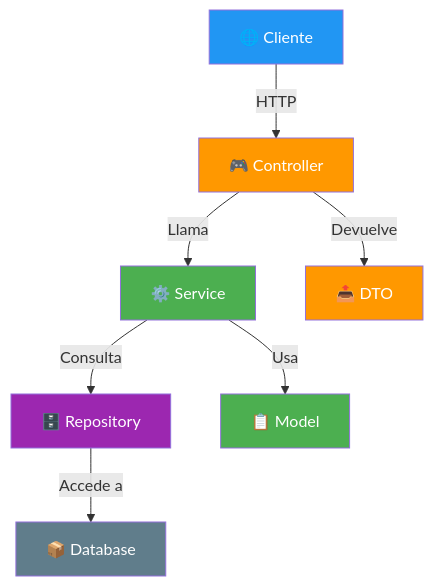
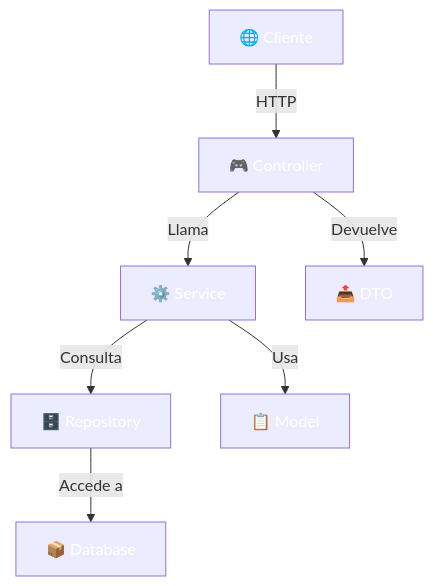
Before and after one commit to joseluisgs/DesarrolloWebEntornosServidor-02-2026-2027: the second of 6 diagrams in 05-arquitectura-pipeline.md, drawn with Mermaid. The commit also changed other lines of this file and 41 other files, not shown here.

````diff
--- a/05-arquitectura-pipeline.md
+++ b/05-arquitectura-pipeline.md
@@ -85,16 +85,16 @@
 ```mermaid
 flowchart TD
     A["🌐 Cliente"] -->|HTTP| B["🎮 Controller"]
     B -->|Llama| C["⚙️ Service"]
     C -->|Consulta| D["🗄️ Repository"]
     D -->|Accede a| E["📦 Database"]
     C -->|Usa| F["📋 Model"]
     B -->|Devuelve| G["📤 DTO"]
-    style A fill:#2196F3,color:#fff
-    style B fill:#FF9800,color:#fff
-    style C fill:#4CAF50,color:#fff
-    style D fill:#9C27B0,color:#fff
-    style E fill:#607D8B,color:#fff
-    style F fill:#4CAF50,color:#fff
-    style G fill:#FF9800,color:#fff
+    style A fill:#2196F,color:#fff3,color:#fff
+    style B fill:#FF980,color:#fff0,color:#fff
+    style C fill:#4CAF5,color:#fff0,color:#fff
+    style D fill:#9C27B,color:#fff0,color:#fff
+    style E fill:#607D8,color:#fffB,color:#fff
+    style F fill:#4CAF5,color:#fff0,color:#fff
+    style G fill:#FF980,color:#fff0,color:#fff
 ```
````
